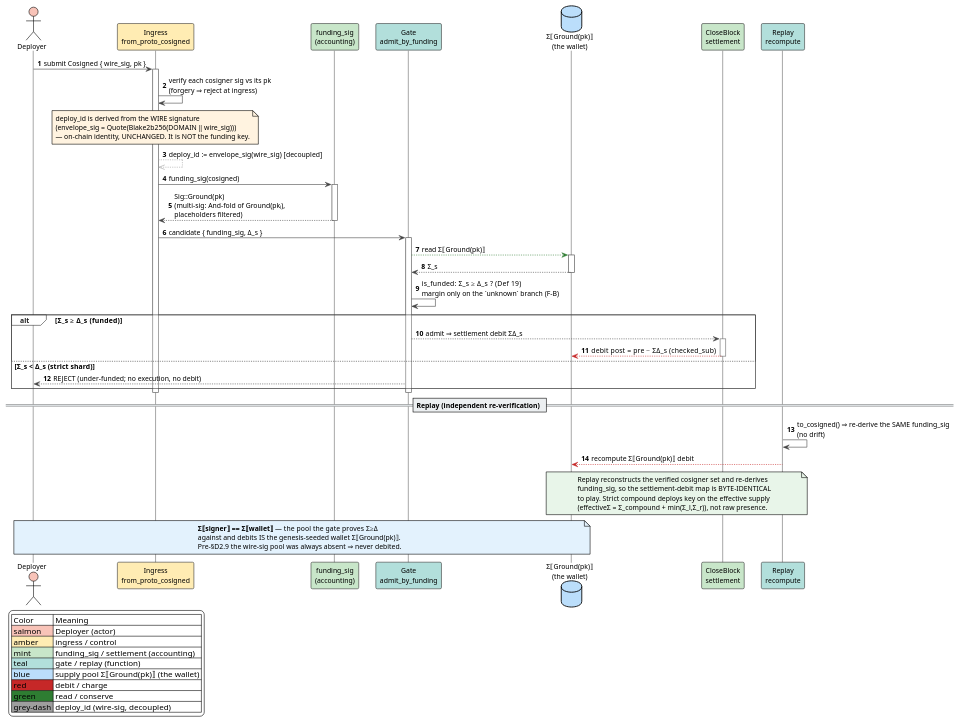
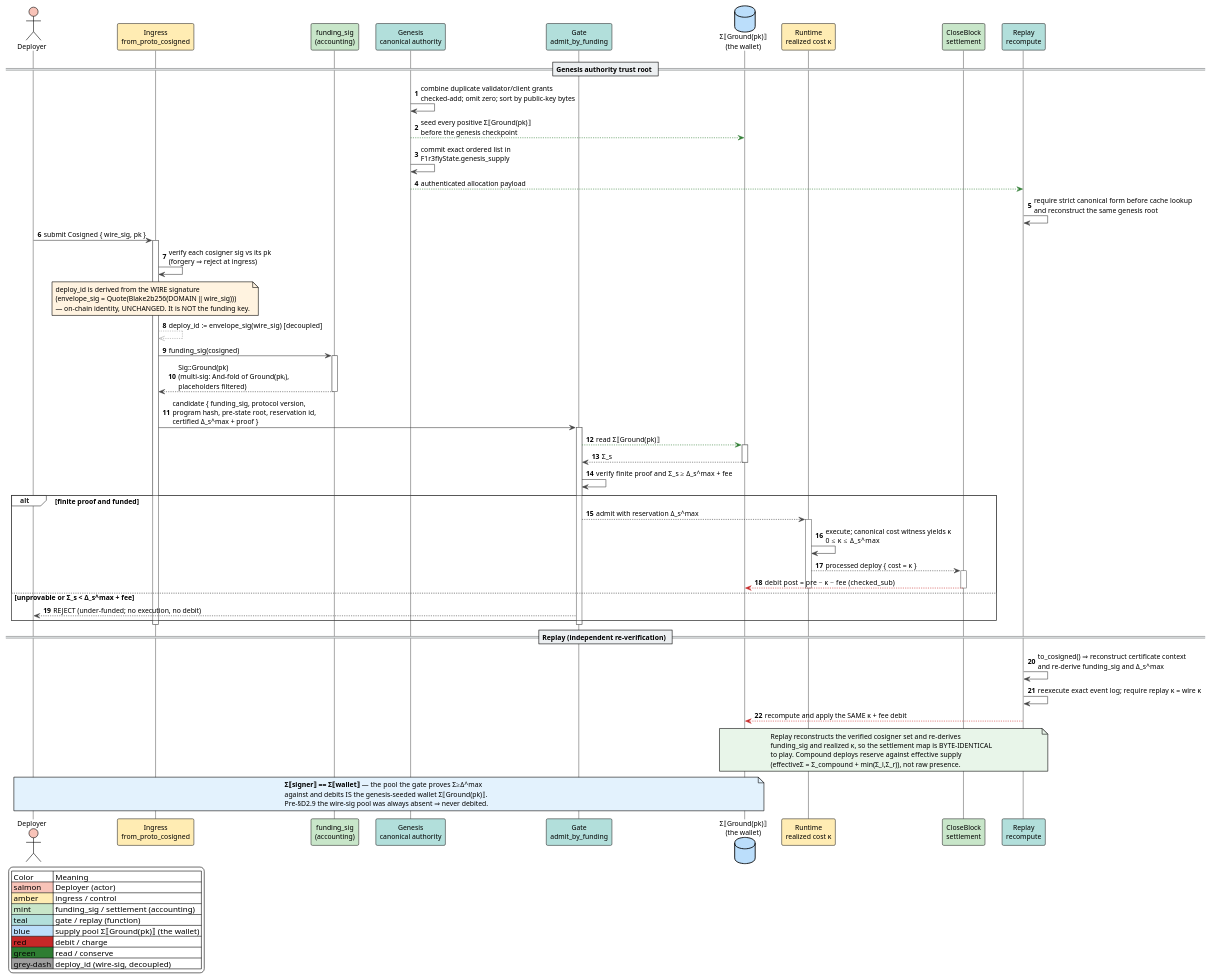
Before and after one commit to F1R3FLY-io/f1r3node-rust: the diagram in docs/theory/diagrams/d2-9-funding-flow-sequence.puml, drawn with PlantUML. The commit also changed other lines of this file and 68 other files, not shown here.

First line of the commit message:
docs(cost-accounting): specify native vault settlement and causal recovery

```diff
--- a/docs/theory/diagrams/d2-9-funding-flow-sequence.puml
+++ b/docs/theory/diagrams/d2-9-funding-flow-sequence.puml
@@ -20,82 +20,95 @@
 @startuml d2-9-funding-flow-sequence
 !theme plain
 
 skinparam sequence {
   ArrowColor              #444444
   LifeLineBorderColor     #666666
   ParticipantBorderColor  #333333
   NoteBorderColor         #666666
   NoteBackgroundColor     #FFF8E1
   GroupBorderColor        #333333
   GroupHeaderFontColor    #222222
   DividerBackgroundColor  #ECEFF1
 }
 skinparam defaultFontName "sans-serif"
 skinparam defaultFontSize 12
 
 autonumber
 
 actor       "Deployer"                       as D   #F8C3B8
 participant "Ingress\nfrom_proto_cosigned"   as IN  #FFECB3
 participant "funding_sig\n(accounting)"      as FS  #C8E6C9
+participant "Genesis\ncanonical authority" as GE  #B2DFDB
 participant "Gate\nadmit_by_funding"         as G   #B2DFDB
 database    "Σ⟦Ground(pk)⟧\n(the wallet)"     as W   #BBDEFB
+participant "Runtime\nrealized cost κ"       as RT  #FFECB3
 participant "CloseBlock\nsettlement"         as CB  #C8E6C9
 participant "Replay\nrecompute"              as RP  #B2DFDB
+
+== Genesis authority trust root ==
+GE -> GE : combine duplicate validator/client grants\nchecked-add; omit zero; sort by public-key bytes
+GE -[#2E7D32]-> W : seed every positive Σ⟦Ground(pk)⟧\nbefore the genesis checkpoint
+GE -> GE : commit exact ordered list in\nF1r3flyState.genesis_supply
+GE -[#2E7D32]-> RP : authenticated allocation payload
+RP -> RP : require strict canonical form before cache lookup\nand reconstruct the same genesis root
 
 D -> IN ++ : submit Cosigned { wire_sig, pk }
 IN -> IN : verify each cosigner sig vs its pk\n(forgery ⇒ reject at ingress)
 
 note over IN #FFF3E0
 deploy_id is derived from the WIRE signature
 (envelope_sig = Quote(Blake2b256(DOMAIN ‖ wire_sig)))
 — on-chain identity, UNCHANGED. It is NOT the funding key.
 end note
 IN -[#9E9E9E]->> IN : deploy_id := envelope_sig(wire_sig)  [decoupled]
 
 IN -> FS ++ : funding_sig(cosigned)
 FS --> IN -- : Sig::Ground(pk)\n(multi-sig: And-fold of Ground(pkᵢ),\nplaceholders filtered)
-IN -> G ++ : candidate { funding_sig, Δ_s }
+IN -> G ++ : candidate { funding_sig, protocol version,\nprogram hash, pre-state root, reservation id,\ncertified Δ_s^max + proof }
 
 G -[#2E7D32]-> W ++ : read Σ⟦Ground(pk)⟧
 W --> G -- : Σ_s
-G -> G : is_funded:  Σ_s ≥ Δ_s  ? (Def 19)\nmargin only on the `unknown` branch (F-B)
-alt Σ_s ≥ Δ_s  (funded)
-  G --> CB ++ : admit ⇒ settlement debit ΣΔ_s
-  CB -[#C62828]-> W : debit  post = pre − ΣΔ_s  (checked_sub)
+G -> G : verify finite proof and Σ_s ≥ Δ_s^max + fee
+alt finite proof and funded
+  G --> RT ++ : admit with reservation Δ_s^max
+  RT -> RT : execute; canonical cost witness yields κ\n0 ≤ κ ≤ Δ_s^max
+  RT --> CB ++ : processed deploy { cost = κ }
+  CB -[#C62828]-> W : debit post = pre − κ − fee (checked_sub)
   deactivate CB
-else Σ_s < Δ_s  (strict shard)
+  deactivate RT
+else unprovable or Σ_s < Δ_s^max + fee
   G --> D : REJECT (under-funded; no execution, no debit)
 end
 deactivate G
 deactivate IN
 
 == Replay (independent re-verification) ==
-RP -> RP : to_cosigned() ⇒ re-derive the SAME funding_sig\n(no drift)
-RP -[#C62828]-> W : recompute Σ⟦Ground(pk)⟧ debit
+RP -> RP : to_cosigned() ⇒ reconstruct certificate context\nand re-derive funding_sig and Δ_s^max
+RP -> RP : reexecute exact event log; require replay κ = wire κ
+RP -[#C62828]-> W : recompute and apply the SAME κ + fee debit
 note over RP, W #E8F5E9
 Replay reconstructs the verified cosigner set and re-derives
-funding_sig, so the settlement-debit map is BYTE-IDENTICAL
-to play. Strict compound deploys key on the effective supply
+funding_sig and realized κ, so the settlement map is BYTE-IDENTICAL
+to play. Compound deploys reserve against effective supply
 (effectiveΣ = Σ_compound + min(Σ_l,Σ_r)), not raw presence.
 end note
 
 note over D, W #E3F2FD
-**Σ⟦signer⟧ == Σ⟦wallet⟧** — the pool the gate proves Σ≥Δ
+**Σ⟦signer⟧ == Σ⟦wallet⟧** — the pool the gate proves Σ≥Δ^max
 against and debits IS the genesis-seeded wallet Σ⟦Ground(pk)⟧.
 Pre-§D2.9 the wire-sig pool was always absent ⇒ never debited.
 end note
 
 legend left
 | Color | Meaning |
 | <#F8C3B8> salmon | Deployer (actor) |
 | <#FFECB3> amber | ingress / control |
 | <#C8E6C9> mint | funding_sig / settlement (accounting) |
 | <#B2DFDB> teal | gate / replay (function) |
 | <#BBDEFB> blue | supply pool Σ⟦Ground(pk)⟧ (the wallet) |
 | <#C62828> red | debit / charge |
 | <#2E7D32> green | read / conserve |
 | <#9E9E9E> grey-dash | deploy_id (wire-sig, decoupled) |
 endlegend
 
 @enduml
```
